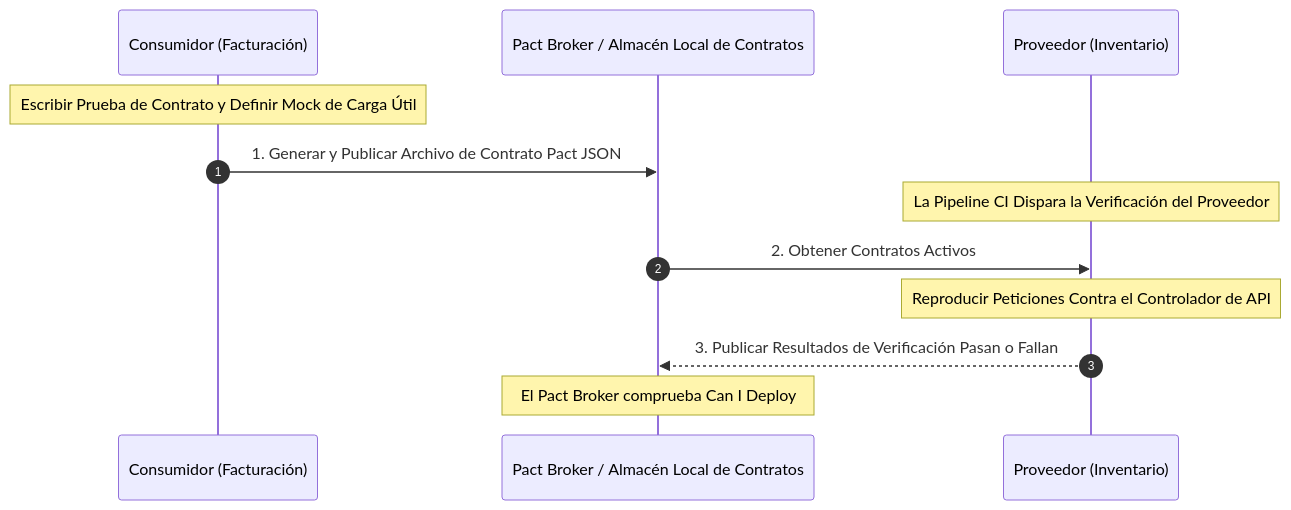
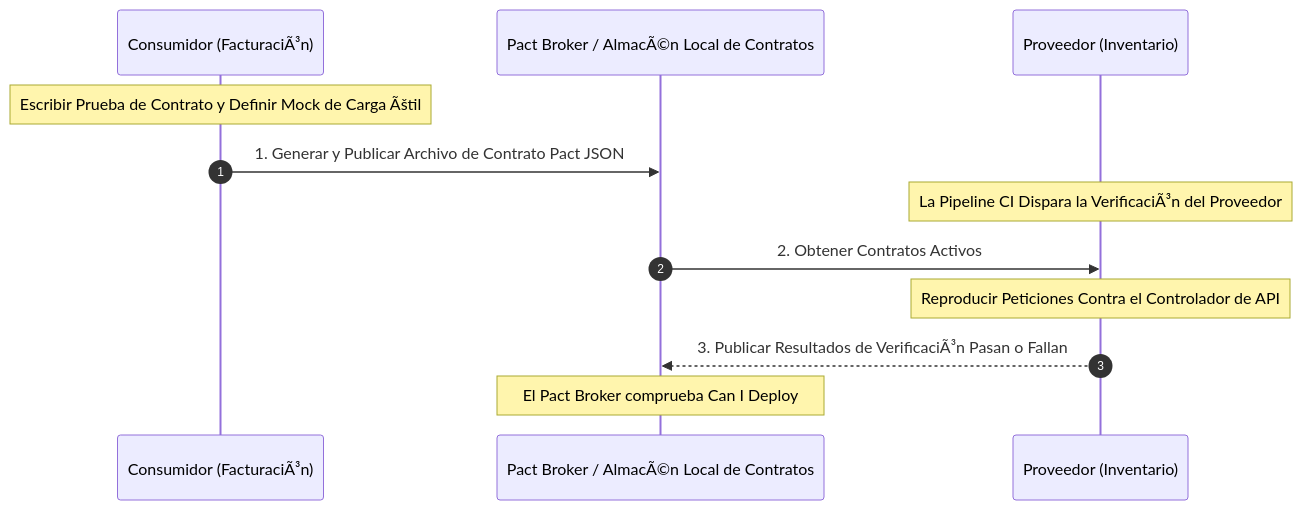
One commit to beyondnetcode/arc32_nodejs_progresive_monolith changed the diagram in governance/standards-es/engineering/contract-testing-guideline.md. Above: the diagram before and after it, drawn with Mermaid. The commit also changed other lines of this file and 303 other files, not shown here.

````diff
--- a/governance/standards-es/engineering/contract-testing-guideline.md
+++ b/governance/standards-es/engineering/contract-testing-guideline.md
@@ -19,15 +19,15 @@
 ```mermaid
 sequenceDiagram
     autonumber
-    participant Cons as Consumidor (Facturación)
-    participant Pact as Pact Broker / Almacén Local de Contratos
+    participant Cons as Consumidor (FacturaciÃ³n)
+    participant Pact as Pact Broker / AlmacÃ©n Local de Contratos
     participant Prov as Proveedor (Inventario)
 
-    Note over Cons: Escribir Prueba de Contrato y Definir Mock de Carga Útil
+    Note over Cons: Escribir Prueba de Contrato y Definir Mock de Carga Ãštil
     Cons->>Pact: 1. Generar y Publicar Archivo de Contrato Pact JSON
-    Note over Prov: La Pipeline CI Dispara la Verificación del Proveedor
+    Note over Prov: La Pipeline CI Dispara la VerificaciÃ³n del Proveedor
     Pact->>Prov: 2. Obtener Contratos Activos
     Note over Prov: Reproducir Peticiones Contra el Controlador de API
-    Prov-->>Pact: 3. Publicar Resultados de Verificación Pasan o Fallan
+    Prov-->>Pact: 3. Publicar Resultados de VerificaciÃ³n Pasan o Fallan
     Note over Pact: El Pact Broker comprueba Can I Deploy
 ```
````
